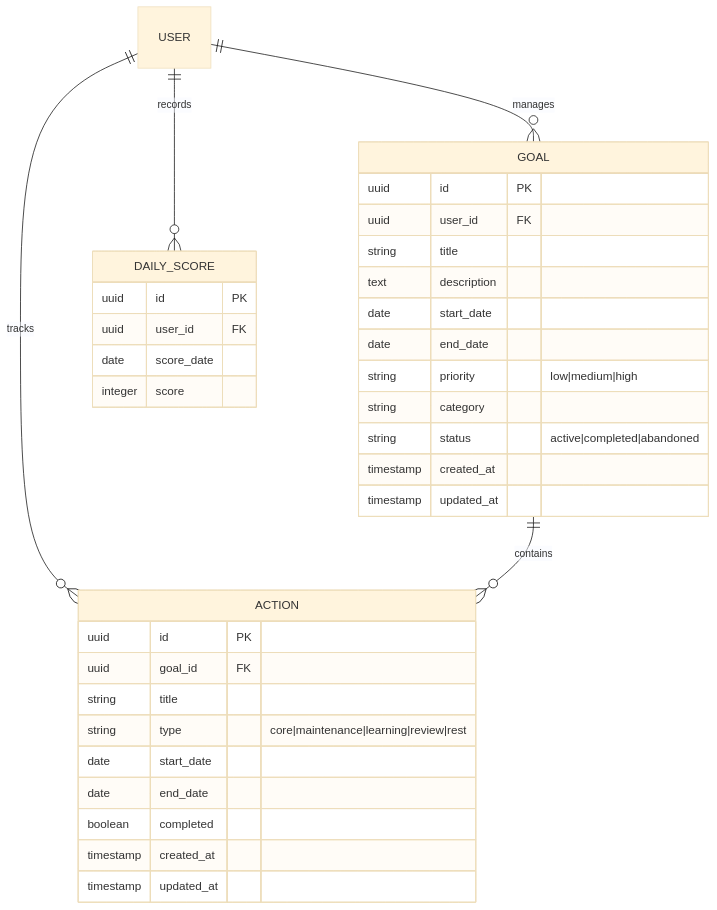
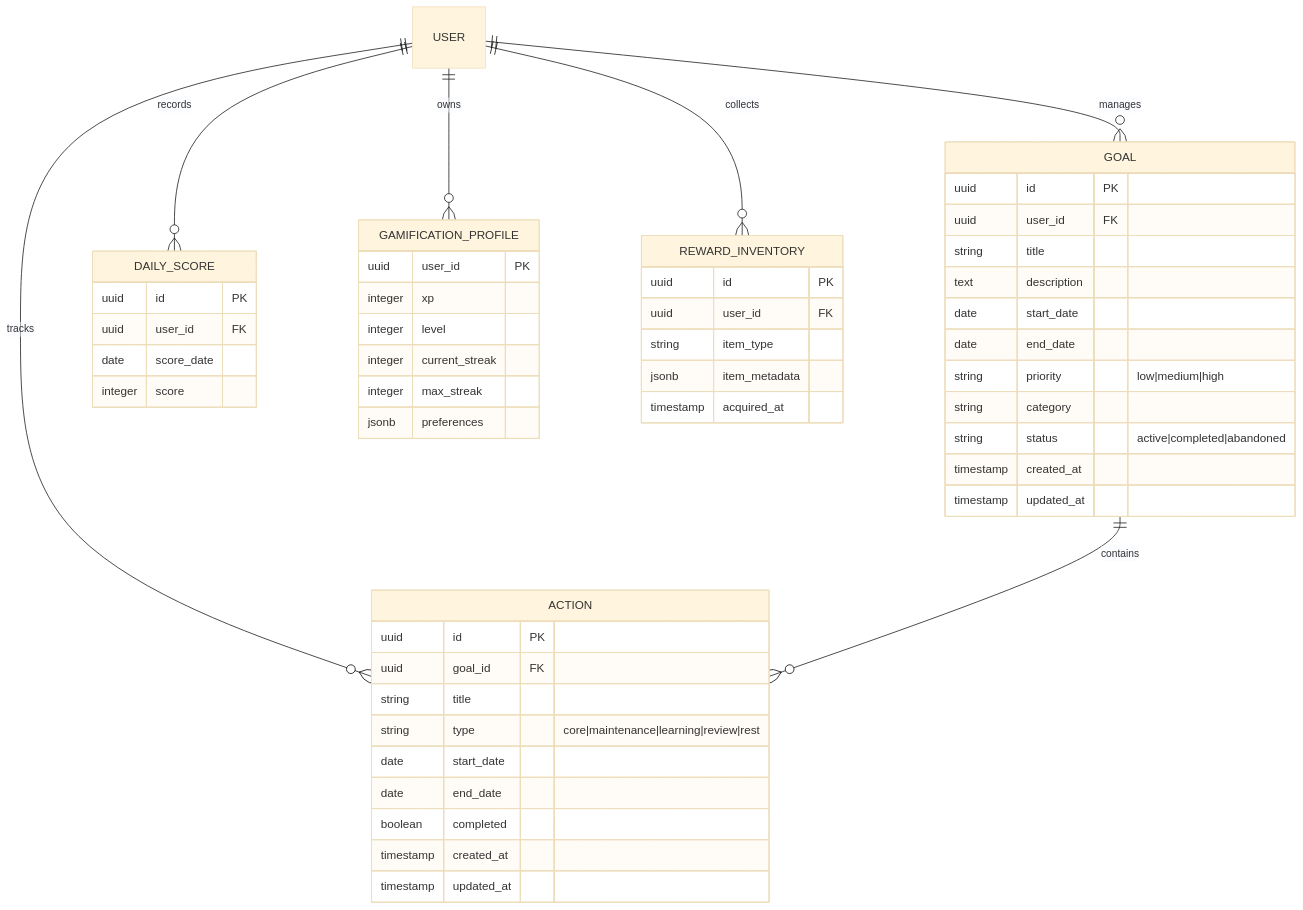
The second of 2 diagrams in .trae/documents/技术 - 04 技术架构.md (AIYAZONE/flowspark), drawn with Mermaid (base theme) before and after one commit. The commit also changed other lines of this file and 14 other files, not shown here.

````diff
--- a/.trae/documents/技术 - 04 技术架构.md
+++ b/.trae/documents/技术 - 04 技术架构.md
@@ -55,40 +66,59 @@
 ```mermaid
 erDiagram
     USER ||--o{ GOAL : manages
     USER ||--o{ ACTION : tracks
     USER ||--o{ DAILY_SCORE : records
+    USER ||--o{ GAMIFICATION_PROFILE : owns
+    USER ||--o{ REWARD_INVENTORY : collects
     GOAL ||--o{ ACTION : contains
 
     GOAL {
         uuid id PK
         uuid user_id FK
         string title
         text description
         date start_date
         date end_date
         string priority "low|medium|high"
         string category
         string status "active|completed|abandoned"
         timestamp created_at
         timestamp updated_at
     }
     
     ACTION {
         uuid id PK
         uuid goal_id FK
         string title
         string type "core|maintenance|learning|review|rest"
         date start_date
         date end_date
         boolean completed
         timestamp created_at
         timestamp updated_at
     }
 
     DAILY_SCORE {
         uuid id PK
         uuid user_id FK
         date score_date
         integer score
     }
+
+    GAMIFICATION_PROFILE {
+        uuid user_id PK
+        integer xp
+        integer level
+        integer current_streak
+        integer max_streak
+        jsonb preferences
+    }
+
+    REWARD_INVENTORY {
+        uuid id PK
+        uuid user_id FK
+        string item_type
+        jsonb item_metadata
+        timestamp acquired_at
+    }
 ```
````
